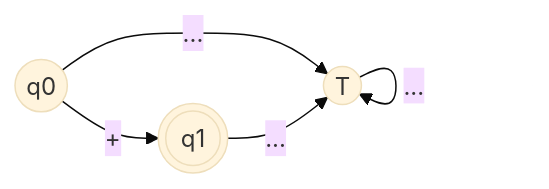
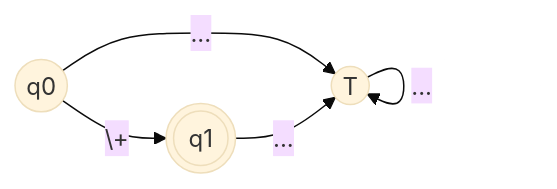
Diagram 23 of 34 in docs/regexp-afd.md (martinstanicio/tinylang), drawn with Mermaid (base theme) before and after one commit. The commit also changed other lines of this file, not shown here.

Commit message:
escapar caracteres especiales en los diagramas de estado

````diff
--- a/docs/regexp-afd.md
+++ b/docs/regexp-afd.md
@@ -445,9 +445,9 @@
 ```mermaid
 flowchart LR
     q0(("q0"))
     q1((("q1")))
     T(("T"))
 
-    q0 -- "+" --> q1
+    q0 -- "\+" --> q1
     q0 & q1 & T -- "..." --> T
 ```
````
